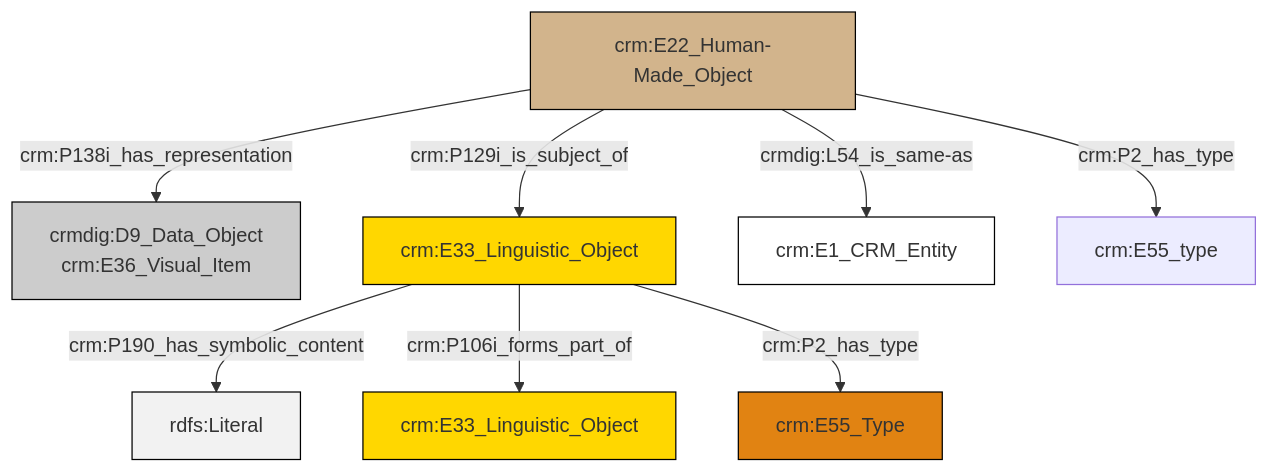
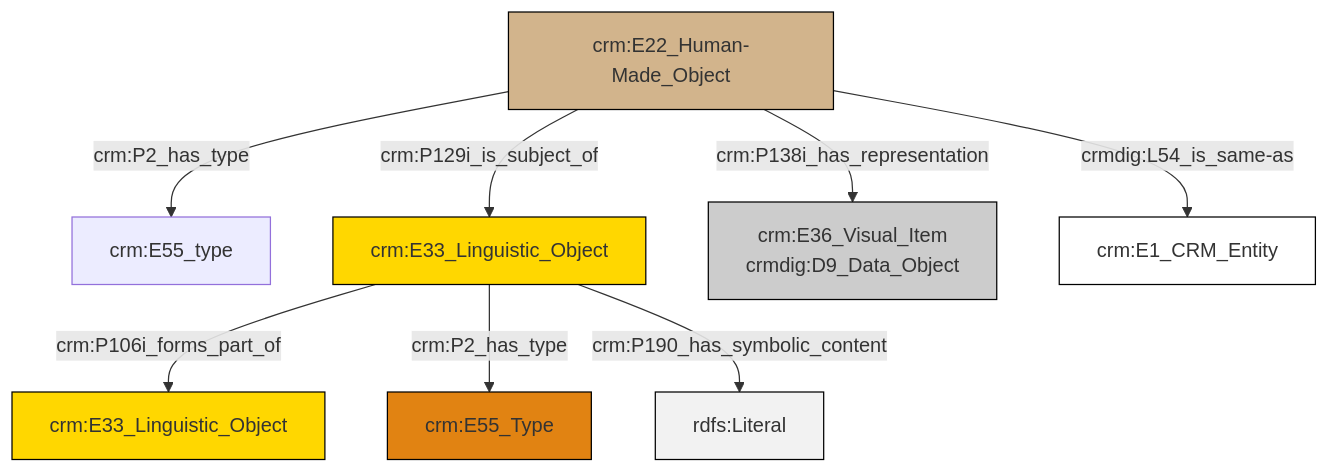
The diagram in et/artworkCSV/ttl/mmd/Artwork_Documentation.ttl.mmd (swiss-art-research-net/docs.swissartresearch), drawn with Mermaid before and after one commit. The commit also changed 202 other files, not shown here.

```diff
--- a/et/artworkCSV/ttl/mmd/Artwork_Documentation.ttl.mmd
+++ b/et/artworkCSV/ttl/mmd/Artwork_Documentation.ttl.mmd
@@ -1,22 +1,22 @@
 graph TD
 classDef Literal fill:#f2f2f2,stroke:#000000;
 classDef CRM_Entity fill:#FFFFFF,stroke:#000000;
 classDef Temporal_Entity fill:#00C9E6, stroke:#000000;
 classDef Type fill:#E18312, stroke:#000000;
 classDef Time-Span fill:#2C9C91, stroke:#000000;
 classDef Appellation fill:#FFEB7F, stroke:#000000;
 classDef Place fill:#008836, stroke:#000000;
 classDef Persistent_Item fill:#B266B2, stroke:#000000;
 classDef Conceptual_Object fill:#FFD700, stroke:#000000;
 classDef Physical_Thing fill:#D2B48C, stroke:#000000;
 classDef Actor fill:#f58aad, stroke:#000000;
 classDef PC_Classes fill:#4ce600, stroke:#000000;
 classDef Multi fill:#cccccc,stroke:#000000;
 
-0["crm:E22_Human-Made_Object"]:::Physical_Thing -->|crm:P138i_has_representation| 4["crmdig:D9_Data_Object<br>crm:E36_Visual_Item"]:::Multi
-5["crm:E33_Linguistic_Object"]:::Conceptual_Object -->|crm:P190_has_symbolic_content| 6[rdfs:Literal]:::Literal
-0["crm:E22_Human-Made_Object"]:::Physical_Thing -->|crmdig:L54_is_same-as| 8["crm:E1_CRM_Entity"]:::CRM_Entity
-5["crm:E33_Linguistic_Object"]:::Conceptual_Object -->|crm:P106i_forms_part_of| 9["crm:E33_Linguistic_Object"]:::Conceptual_Object
-0["crm:E22_Human-Made_Object"]:::Physical_Thing -->|crm:P129i_is_subject_of| 5["crm:E33_Linguistic_Object"]:::Conceptual_Object
-0["crm:E22_Human-Made_Object"]:::Physical_Thing -->|crm:P2_has_type| 14["crm:E55_type"]:::Default
-5["crm:E33_Linguistic_Object"]:::Conceptual_Object -->|crm:P2_has_type| 2["crm:E55_Type"]:::Type
+4["crm:E33_Linguistic_Object"]:::Conceptual_Object -->|crm:P106i_forms_part_of| 5["crm:E33_Linguistic_Object"]:::Conceptual_Object
+4["crm:E33_Linguistic_Object"]:::Conceptual_Object -->|crm:P2_has_type| 0["crm:E55_Type"]:::Type
+8["crm:E22_Human-Made_Object"]:::Physical_Thing -->|crmdig:L54_is_same-as| 9["crm:E1_CRM_Entity"]:::CRM_Entity
+4["crm:E33_Linguistic_Object"]:::Conceptual_Object -->|crm:P190_has_symbolic_content| 10[rdfs:Literal]:::Literal
+8["crm:E22_Human-Made_Object"]:::Physical_Thing -->|crm:P138i_has_representation| 6["crm:E36_Visual_Item<br>crmdig:D9_Data_Object"]:::Multi
+8["crm:E22_Human-Made_Object"]:::Physical_Thing -->|crm:P2_has_type| 2["crm:E55_type"]:::Default
+8["crm:E22_Human-Made_Object"]:::Physical_Thing -->|crm:P129i_is_subject_of| 4["crm:E33_Linguistic_Object"]:::Conceptual_Object
```
